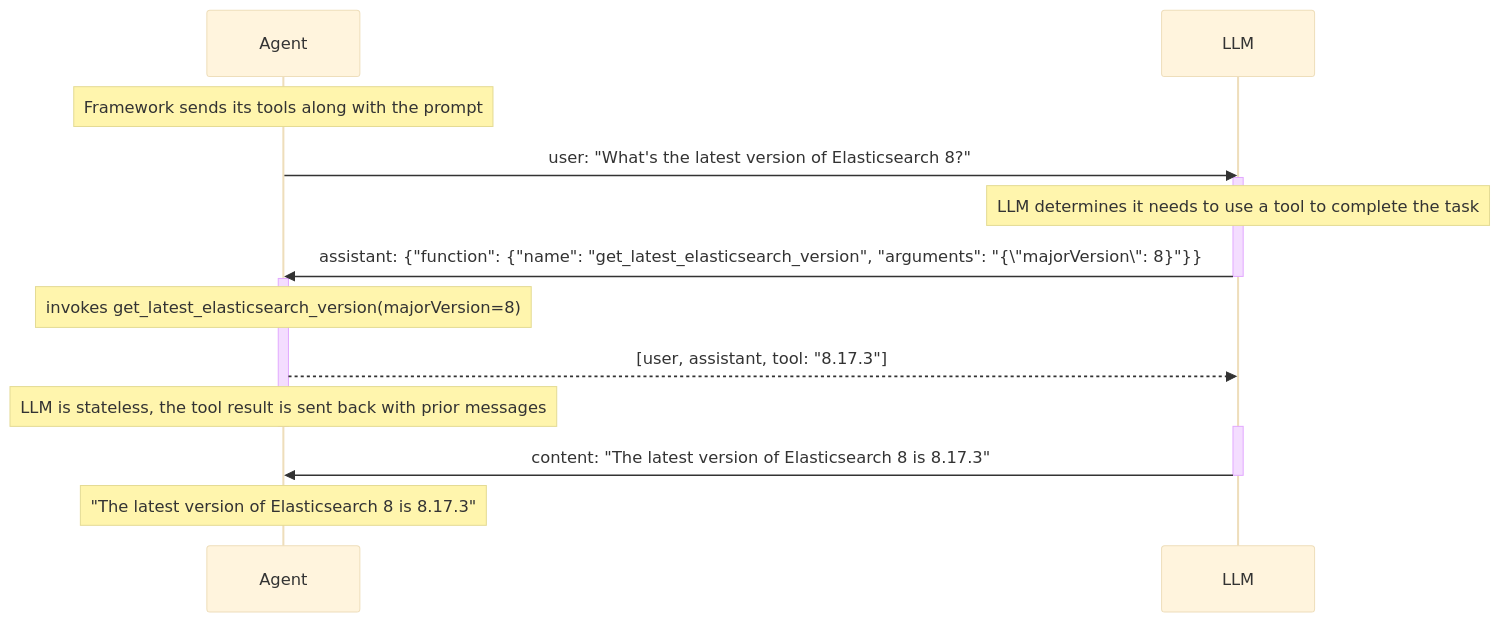
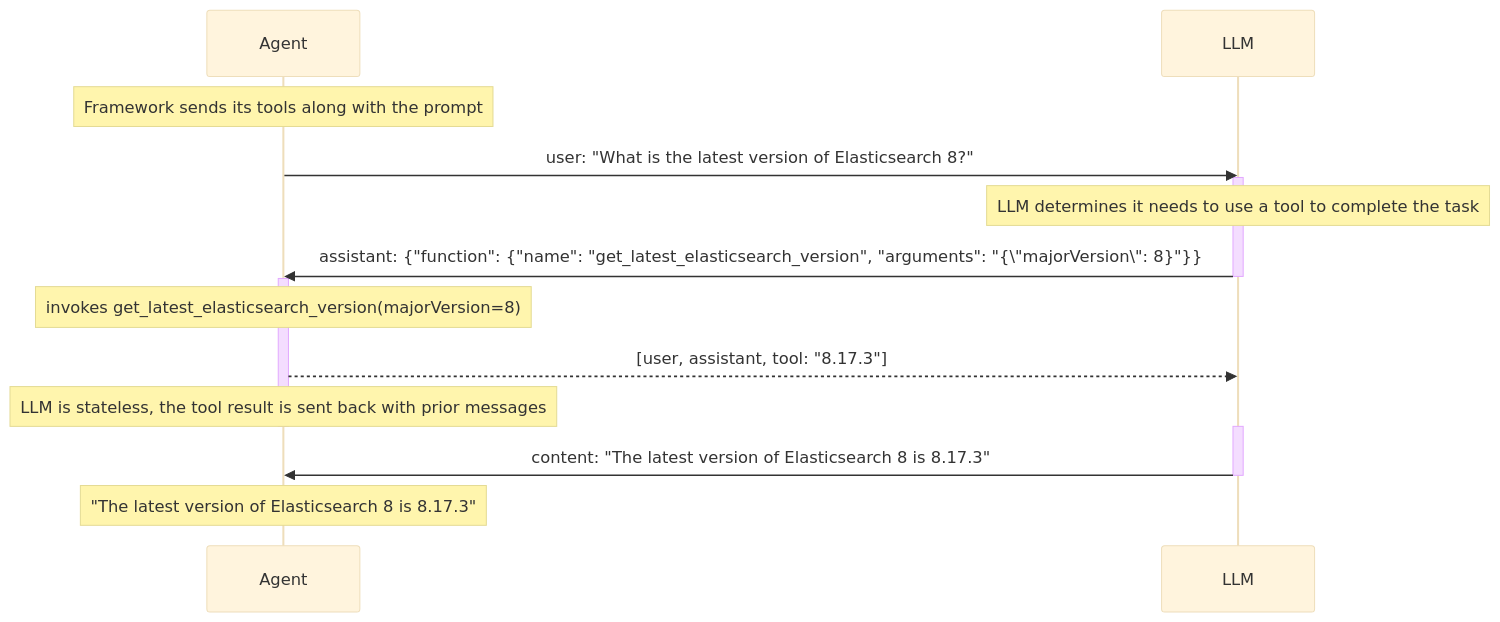
One commit to elastic/observability-examples changed the diagram in genai-function-calling/README.md. Above: the diagram before and after it, drawn with Mermaid (base theme). The commit also changed other lines of this file and 3 other files, not shown here.

````diff
--- a/genai-function-calling/README.md
+++ b/genai-function-calling/README.md
@@ -32,24 +32,24 @@
 ```mermaid
 sequenceDiagram
     participant Agent
     participant LLM
 
     Note over Agent: Framework sends its tools along with the prompt
-    Agent ->> LLM: user: "What's the latest version of Elasticsearch 8?"
+    Agent ->> LLM: user: "What is the latest version of Elasticsearch 8?"
     activate LLM
     Note over LLM: LLM determines it needs to use a tool to complete the task
 
     LLM ->> Agent: assistant: {"function": {"name": "get_latest_elasticsearch_version", "arguments": "{\"majorVersion\": 8}"}}
     deactivate LLM
     activate Agent
     Note over Agent: invokes get_latest_elasticsearch_version(majorVersion=8)
 
     Agent -->> LLM: [user, assistant, tool: "8.17.3"]
     Note over Agent: LLM is stateless, the tool result is sent back with prior messages
     deactivate Agent
     activate LLM
 
     LLM ->> Agent: content: "The latest version of Elasticsearch 8 is 8.17.3"
     deactivate LLM
     Note over Agent: "The latest version of Elasticsearch 8 is 8.17.3"
 ```
````
